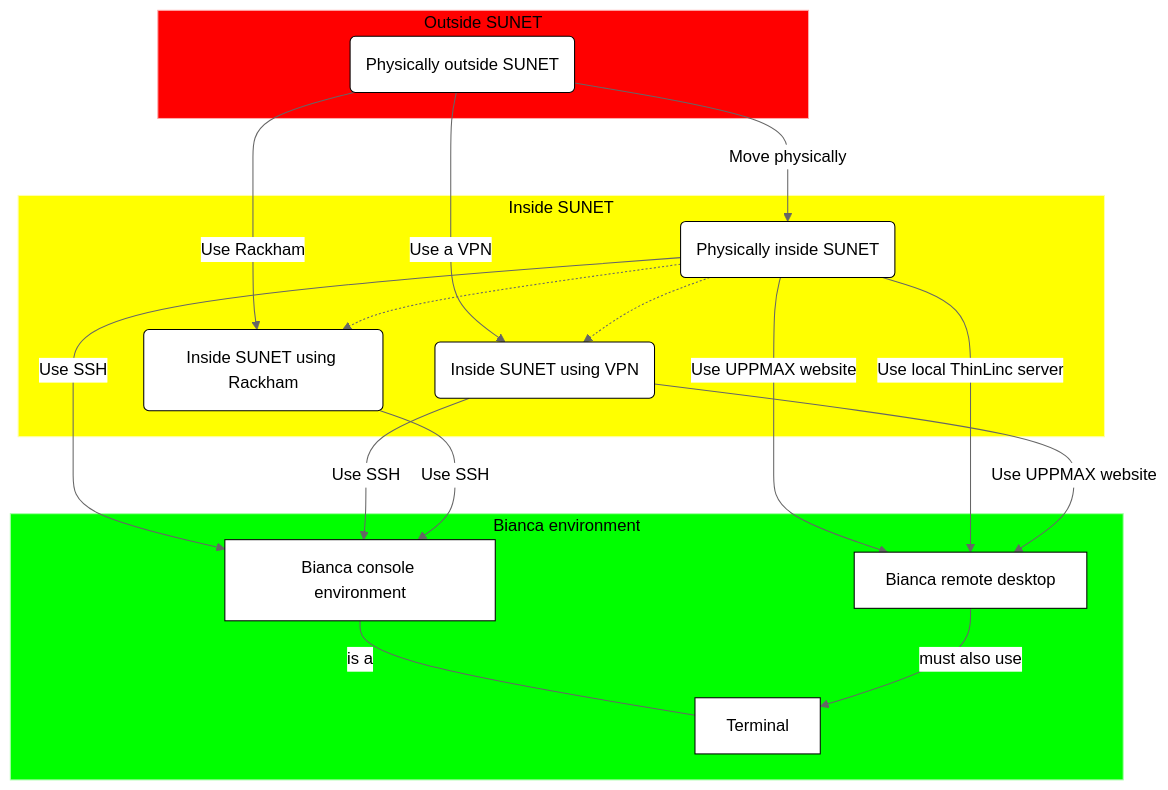
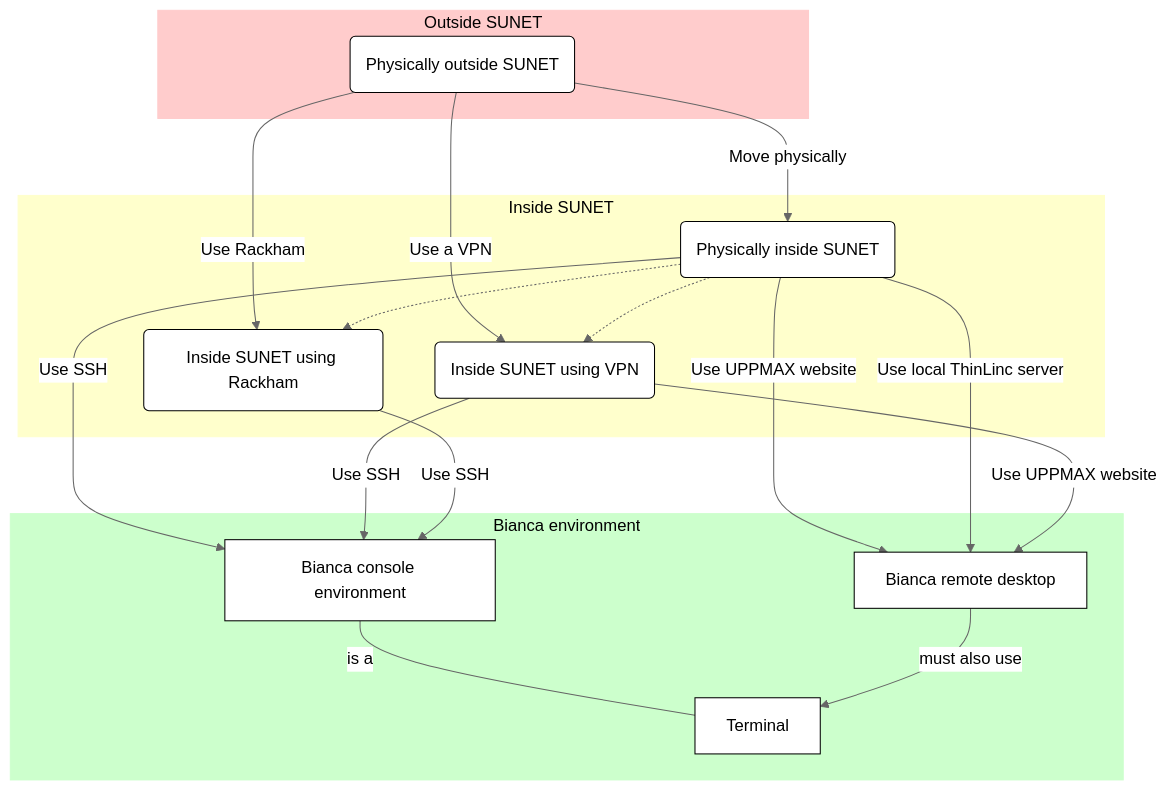
Before and after one commit to UPPMAX/bianca_workshop: the fourth of 4 diagrams in docs/login_bianca.md, drawn with Mermaid (neutral theme). The commit also changed other lines of this file, not shown here.

````diff
--- a/docs/login_bianca.md
+++ b/docs/login_bianca.md
@@ -405,43 +405,43 @@
 ```mermaid
 flowchart TD
 
     subgraph sub_outside[Outside SUNET]
       outside(Physically outside SUNET)
       style outside fill:#fff,color:#000,stroke:#000
     end    
-    style sub_outside fill:#f00,color:#000,stroke:#faa
+    style sub_outside fill:#fcc,color:#000,stroke:#fcc
 
     subgraph sub_inside[Inside SUNET]
       physically_inside(Physically inside SUNET)
       inside_using_vpn(Inside SUNET using VPN)
       inside_using_rackham(Inside SUNET using Rackham)
       style physically_inside fill:#fff,color:#000,stroke:#000
       style inside_using_vpn fill:#fff,color:#000,stroke:#000
       style inside_using_rackham fill:#fff,color:#000,stroke:#000
     end
-    style sub_inside fill:#ff0,color:#000,stroke:#ffa
+    style sub_inside fill:#ffc,color:#000,stroke:#ffc
 
     subgraph sub_bianca_env[Bianca environment]
       bianca_console[Bianca console environment]
       bianca_remote_desktop[Bianca remote desktop] 
       bianca_terminal[Terminal] 
       style bianca_console fill:#fff,color:#000,stroke:#000
       style bianca_remote_desktop fill:#fff,color:#000,stroke:#000
       style bianca_terminal fill:#fff,color:#000,stroke:#000
     end
-    style sub_bianca_env fill:#0f0,color:#000,stroke:#afa
+    style sub_bianca_env fill:#cfc,color:#000,stroke:#cfc
 
     outside-->|Move physically|physically_inside
     outside-->|Use a VPN|inside_using_vpn
     outside-->|Use Rackham|inside_using_rackham
     physically_inside-->|Use SSH|bianca_console
     physically_inside-->|Use UPPMAX website|bianca_remote_desktop
     physically_inside-->|Use local ThinLinc server|bianca_remote_desktop
     physically_inside-.->inside_using_rackham
     physically_inside-.->inside_using_vpn
     inside_using_vpn-->|Use SSH|bianca_console
     inside_using_vpn-->|Use UPPMAX website|bianca_remote_desktop
     inside_using_rackham-->|Use SSH|bianca_console
     bianca_console---|is a|bianca_terminal
     bianca_remote_desktop-->|must also use|bianca_terminal
 ```
````
